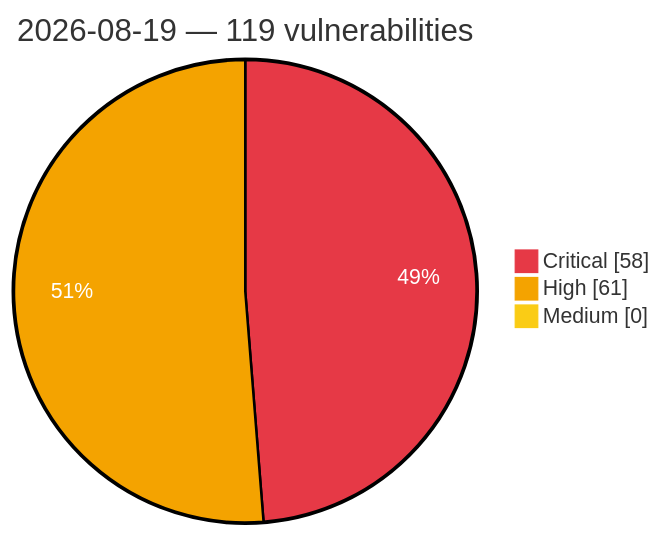
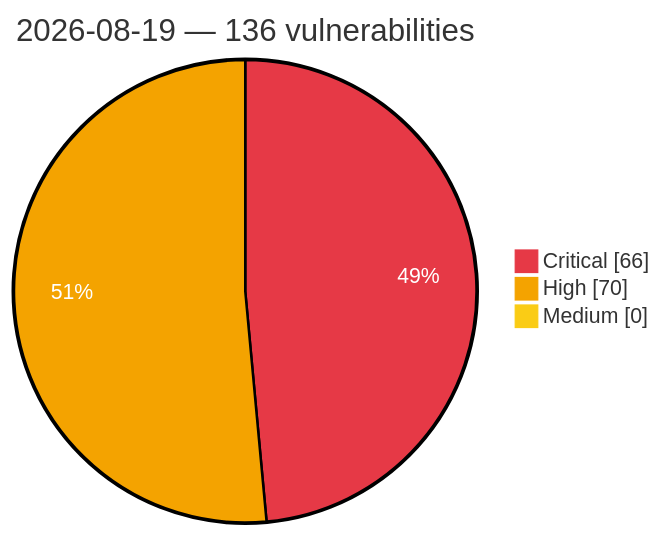
The diagram in vulnerabilities/2026/August/2026-08-19.md (GhostX0X/vuln-tracker), drawn with Mermaid before and after one commit. The commit also changed other lines of this file and 5 other files, not shown here.

Commit message:
Auto update: critical/high vulns (2026-08-19 21:02 UTC)

````diff
--- a/vulnerabilities/2026/August/2026-08-19.md
+++ b/vulnerabilities/2026/August/2026-08-19.md
@@ -3,8 +3,8 @@
 ```mermaid
 %%{init: {'theme':'base', 'themeVariables': {'pie1':'#e63946', 'pie2':'#f4a300', 'pie3':'#facc15', 'pieOpacity':'1', 'pieOuterStrokeWidth':'2px', 'pieSectionTextColor':'#ffffff'}}}%%
 pie showData
-    title 2026-08-19 — 119 vulnerabilities
-    "Critical" : 58
-    "High" : 61
+    title 2026-08-19 — 136 vulnerabilities
+    "Critical" : 66
+    "High" : 70
     "Medium" : 0
 ```
````
